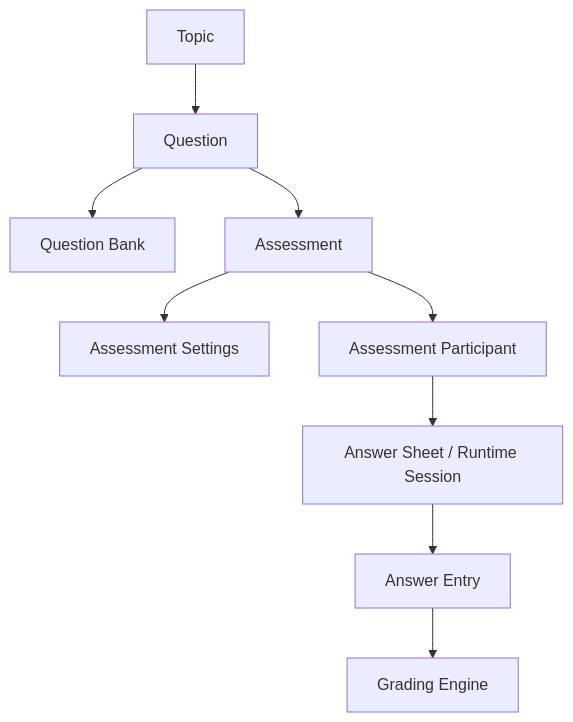
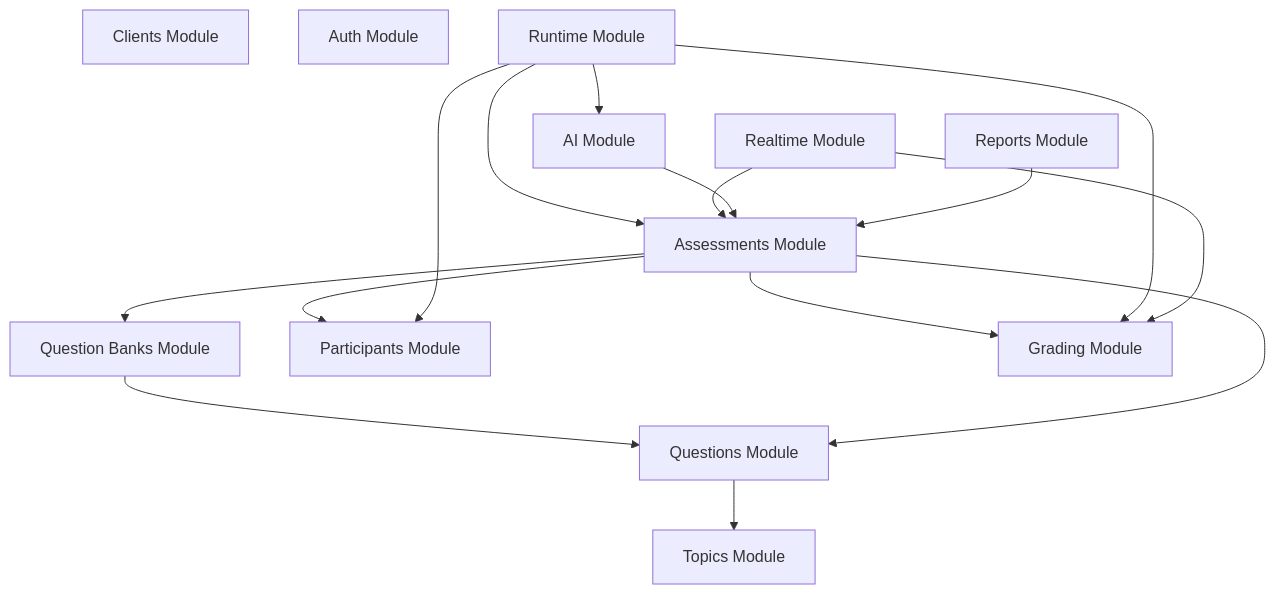
The second of 8 diagrams in system.md (KhornMolika/assessment-service-backend), drawn with Mermaid before and after one commit. The commit also changed other lines of this file and 21 other files, not shown here.

````diff
--- a/system.md
+++ b/system.md
@@ -11,11 +93,30 @@
 ```mermaid
 graph TD
-    Topic[Topic] --> Question[Question]
-    Question --> Bank[Question Bank]
-    Question --> Assessment[Assessment]
-    Assessment --> Settings[Assessment Settings]
-    Assessment --> Participant[Assessment Participant]
-    Participant --> AnswerSheet[Answer Sheet / Runtime Session]
-    AnswerSheet --> AnswerEntry[Answer Entry]
-    AnswerEntry --> GradingEngine[Grading Engine]
+    Topics[Topics Module]
+    Questions[Questions Module]
+    Banks[Question Banks Module]
+    Assessments[Assessments Module]
+    Participants[Participants Module]
+    Clients[Clients Module]
+    Auth[Auth Module]
+    Runtime[Runtime Module]
+    Realtime[Realtime Module]
+    Grading[Grading Module]
+    AI[AI Module]
+    Reports[Reports Module]
+
+    Questions --> Topics
+    Banks --> Questions
+    Assessments --> Questions
+    Assessments --> Banks
+    Assessments --> Participants
+    Assessments --> Grading
+    Runtime --> Assessments
+    Runtime --> Participants
+    Runtime --> Grading
+    Runtime --> AI
+    Realtime --> Assessments
+    Realtime --> Grading
+    AI --> Assessments
+    Reports --> Assessments
 ```
````
